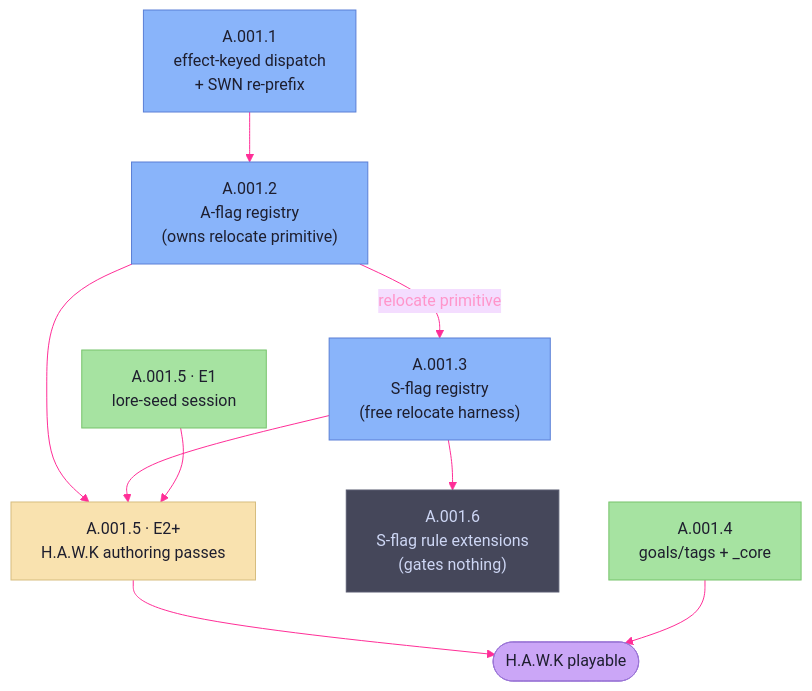
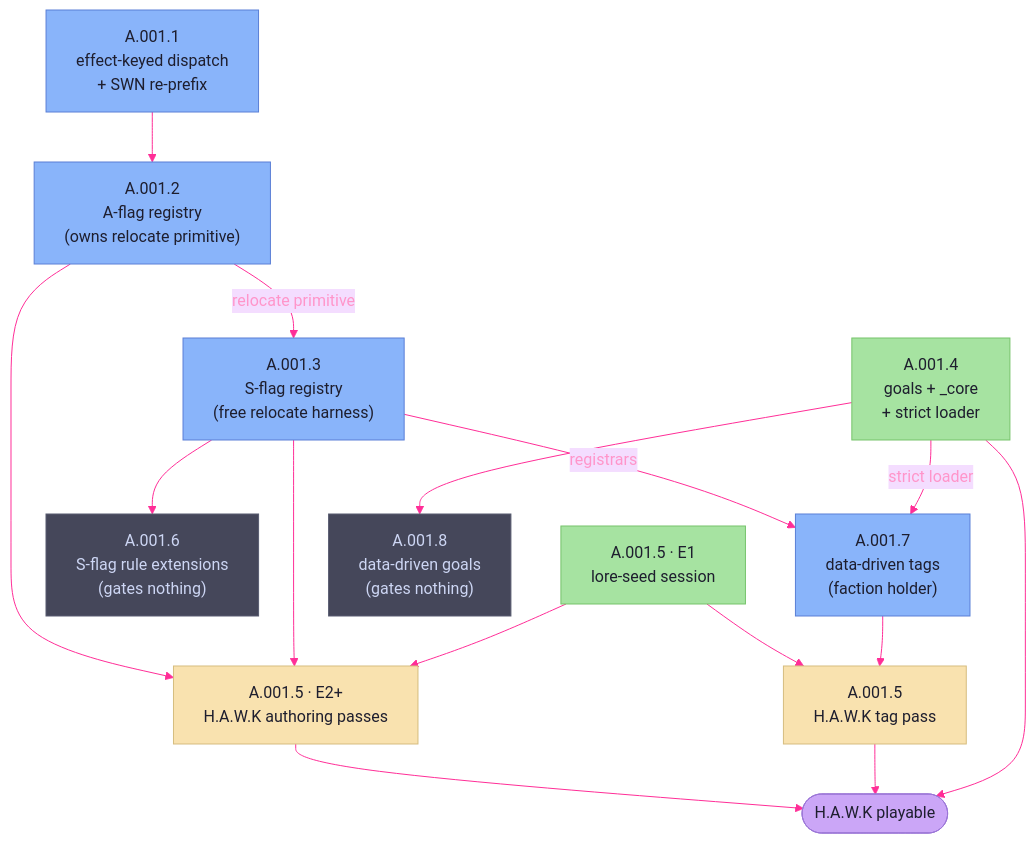
Before and after one commit to therobertcrocker/gm-toolkit: the diagram in docs/initiatives/arcs/data-driven-rulebook/data-driven-rulebook-arc-plan.md, drawn with Mermaid. The commit also changed other lines of this file and 2 other files, not shown here.

````diff
--- a/docs/initiatives/arcs/data-driven-rulebook/data-driven-rulebook-arc-plan.md
+++ b/docs/initiatives/arcs/data-driven-rulebook/data-driven-rulebook-arc-plan.md
@@ -43,33 +53,42 @@
 ```mermaid
 ---
 config:
   theme: base
   themeVariables:
     primaryTextColor: '#ff95ca'
     lineColor: '#ff2e97'
 ---
 flowchart TD
-  Core["A.001.4<br>goals/tags + _core"]:::free
+  Core["A.001.4<br>goals + _core<br>+ strict loader"]:::free
   Lore["A.001.5 · E1<br>lore-seed session"]:::free
   R018["A.001.1<br>effect-keyed dispatch<br>+ SWN re-prefix"]:::spine
   A["A.001.2<br>A-flag registry<br>(owns relocate primitive)"]:::spine
   S["A.001.3<br>S-flag registry<br>(free relocate harness)"]:::spine
   Rules["A.001.6<br>S-flag rule extensions<br>(gates nothing)"]:::muted
+  Tags["A.001.7<br>data-driven tags<br>(faction holder)"]:::spine
+  Goals["A.001.8<br>data-driven goals<br>(gates nothing)"]:::muted
   Author["A.001.5 · E2+<br>H.A.W.K authoring passes"]:::content
+  TagPass["A.001.5<br>H.A.W.K tag pass"]:::content
   Playable(["H.A.W.K playable"]):::milestone
 
   R018 --> A
   A -- "relocate primitive" --> S
   A --> Author
   S --> Author
   S --> Rules
+  S -- "registrars" --> Tags
+  Core -- "strict loader" --> Tags
+  Core --> Goals
   Lore --> Author
+  Lore --> TagPass
+  Tags --> TagPass
   Author --> Playable
+  TagPass --> Playable
   Core --> Playable
 
   classDef spine     fill:#89b4fa,stroke:#5a7fd6,color:#1e1e2e
   classDef free      fill:#a6e3a1,stroke:#76c36b,color:#1e1e2e
   classDef content   fill:#f9e2af,stroke:#d6bd7f,color:#1e1e2e
   classDef milestone fill:#cba6f7,stroke:#9b76d6,color:#1e1e2e
   classDef muted     fill:#45475a,stroke:#585b70,color:#cdd6f4
 ```
````
